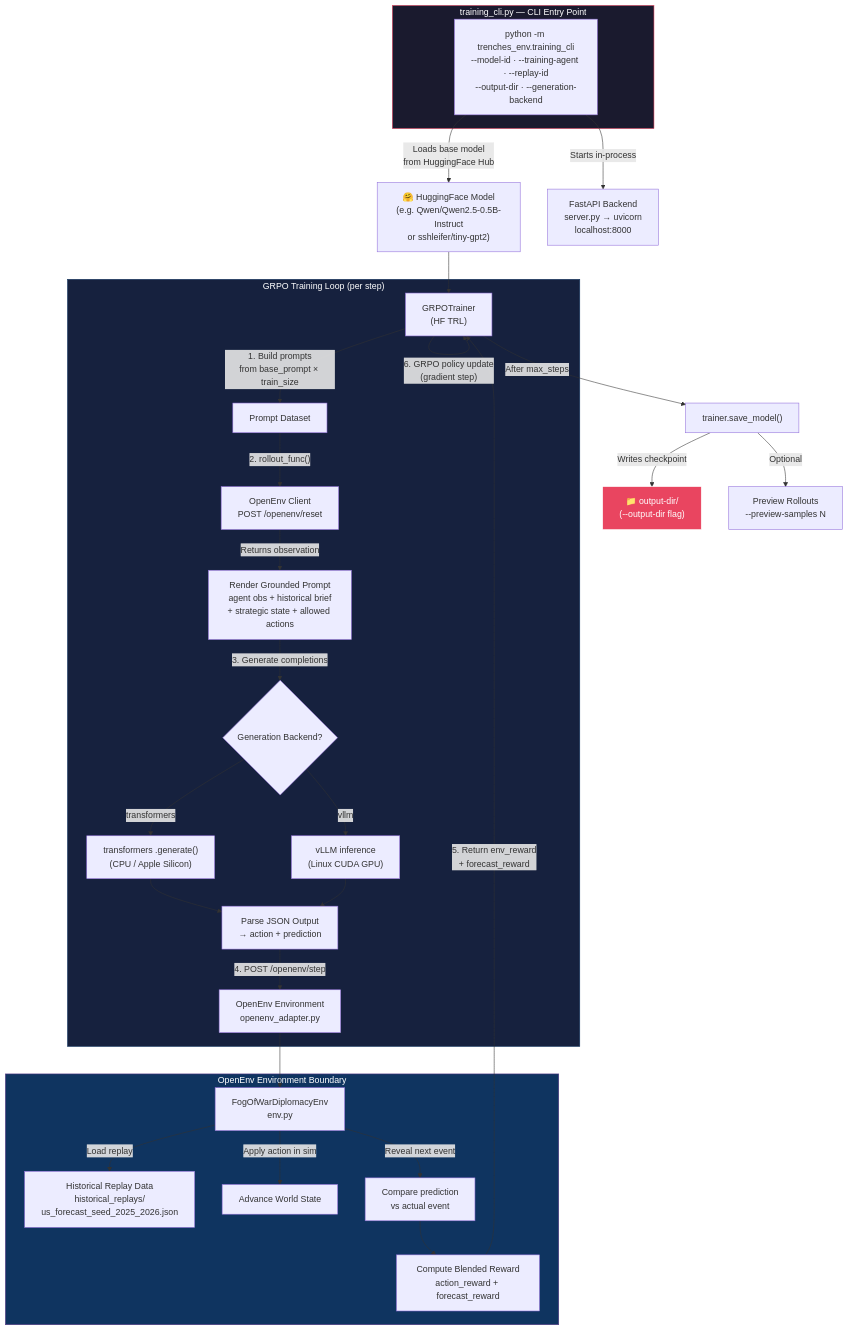
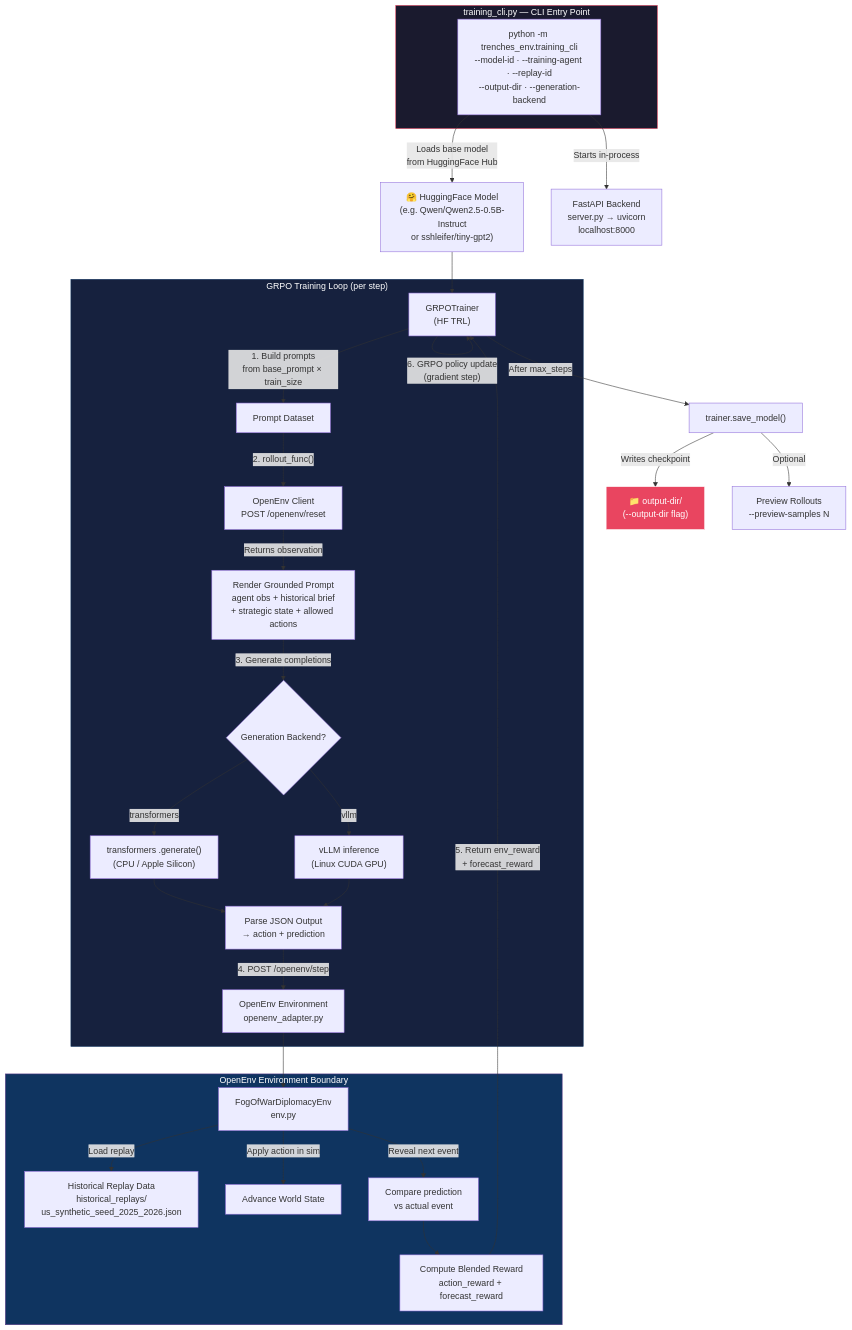
Before and after one commit to shlawgathon/trenches: the first of 4 diagrams in backend/TRAINING_FLOW.md, drawn with Mermaid. The commit also changed other lines of this file and 14 other files, not shown here.

````diff
--- a/backend/TRAINING_FLOW.md
+++ b/backend/TRAINING_FLOW.md
@@ -5,44 +5,44 @@
 ```mermaid
 flowchart TD
     subgraph CLI["training_cli.py — CLI Entry Point"]
         A["python -m trenches_env.training_cli<br/>--model-id · --training-agent · --replay-id<br/>--output-dir · --generation-backend"]
     end
 
     A -->|"Loads base model<br/>from HuggingFace Hub"| B["🤗 HuggingFace Model<br/>(e.g. Qwen/Qwen2.5-0.5B-Instruct<br/>or sshleifer/tiny-gpt2)"]
     A -->|"Starts in-process"| C["FastAPI Backend<br/>server.py → uvicorn<br/>localhost:8000"]
 
     B --> D["GRPOTrainer<br/>(HF TRL)"]
 
     subgraph GRPO["GRPO Training Loop (per step)"]
         D -->|"1. Build prompts<br/>from base_prompt × train_size"| E["Prompt Dataset"]
         E -->|"2. rollout_func()"| F["OpenEnv Client<br/>POST /openenv/reset"]
         F -->|"Returns observation"| G["Render Grounded Prompt<br/>agent obs + historical brief<br/>+ strategic state + allowed actions"]
         G -->|"3. Generate completions"| H{Generation Backend?}
         H -->|transformers| I["transformers .generate()<br/>(CPU / Apple Silicon)"]
         H -->|vllm| J["vLLM inference<br/>(Linux CUDA GPU)"]
         I --> K["Parse JSON Output<br/>→ action + prediction"]
         J --> K
         K -->|"4. POST /openenv/step"| L["OpenEnv Environment<br/>openenv_adapter.py"]
     end
 
     subgraph ENV["OpenEnv Environment Boundary"]
         L --> M["FogOfWarDiplomacyEnv<br/>env.py"]
-        M -->|"Load replay"| N["Historical Replay Data<br/>historical_replays/<br/>us_forecast_seed_2025_2026.json"]
+        M -->|"Load replay"| N["Historical Replay Data<br/>historical_replays/<br/>us_synthetic_seed_2025_2026.json"]
         M -->|"Apply action in sim"| O["Advance World State"]
         M -->|"Reveal next event"| P["Compare prediction<br/>vs actual event"]
         P --> Q["Compute Blended Reward<br/>action_reward + forecast_reward"]
     end
 
     Q -->|"5. Return env_reward<br/>+ forecast_reward"| D
     D -->|"6. GRPO policy update<br/>(gradient step)"| D
 
     D -->|"After max_steps"| R["trainer.save_model()"]
     R -->|"Writes checkpoint"| S["📁 output-dir/<br/>(--output-dir flag)"]
 
     R -->|"Optional"| T["Preview Rollouts<br/>--preview-samples N"]
 
     style CLI fill:#1a1a2e,stroke:#e94560,color:#fff
     style GRPO fill:#16213e,stroke:#0f3460,color:#fff
     style ENV fill:#0f3460,stroke:#533483,color:#fff
     style S fill:#e94560,stroke:#fff,color:#fff
 ```
````
